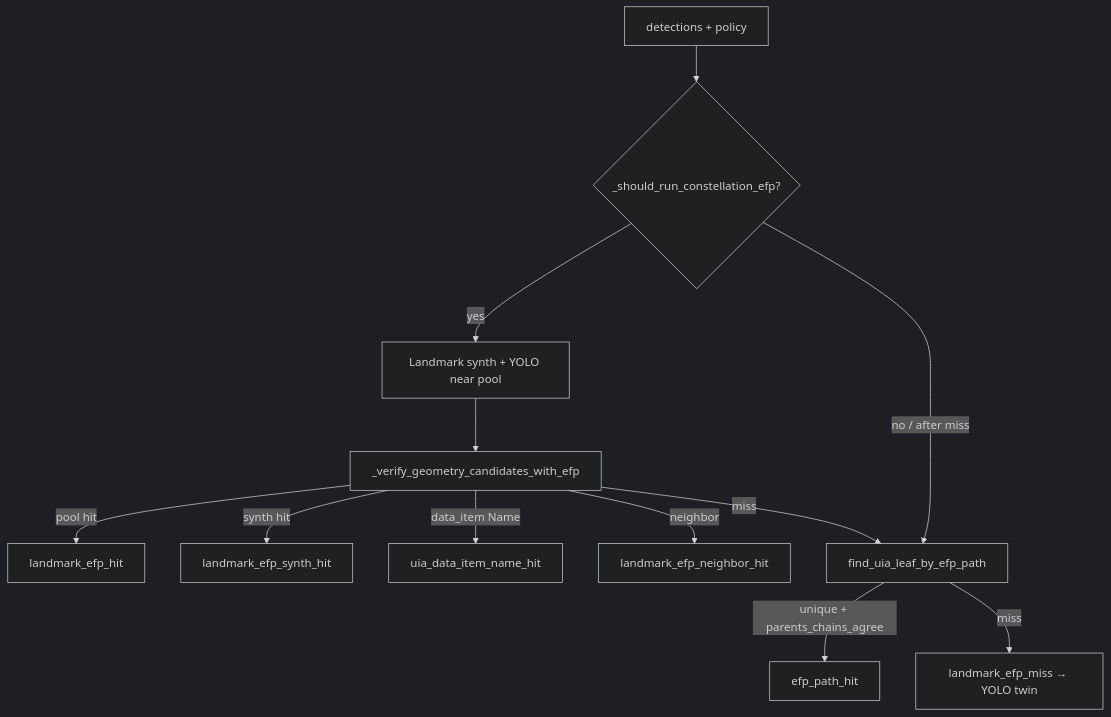
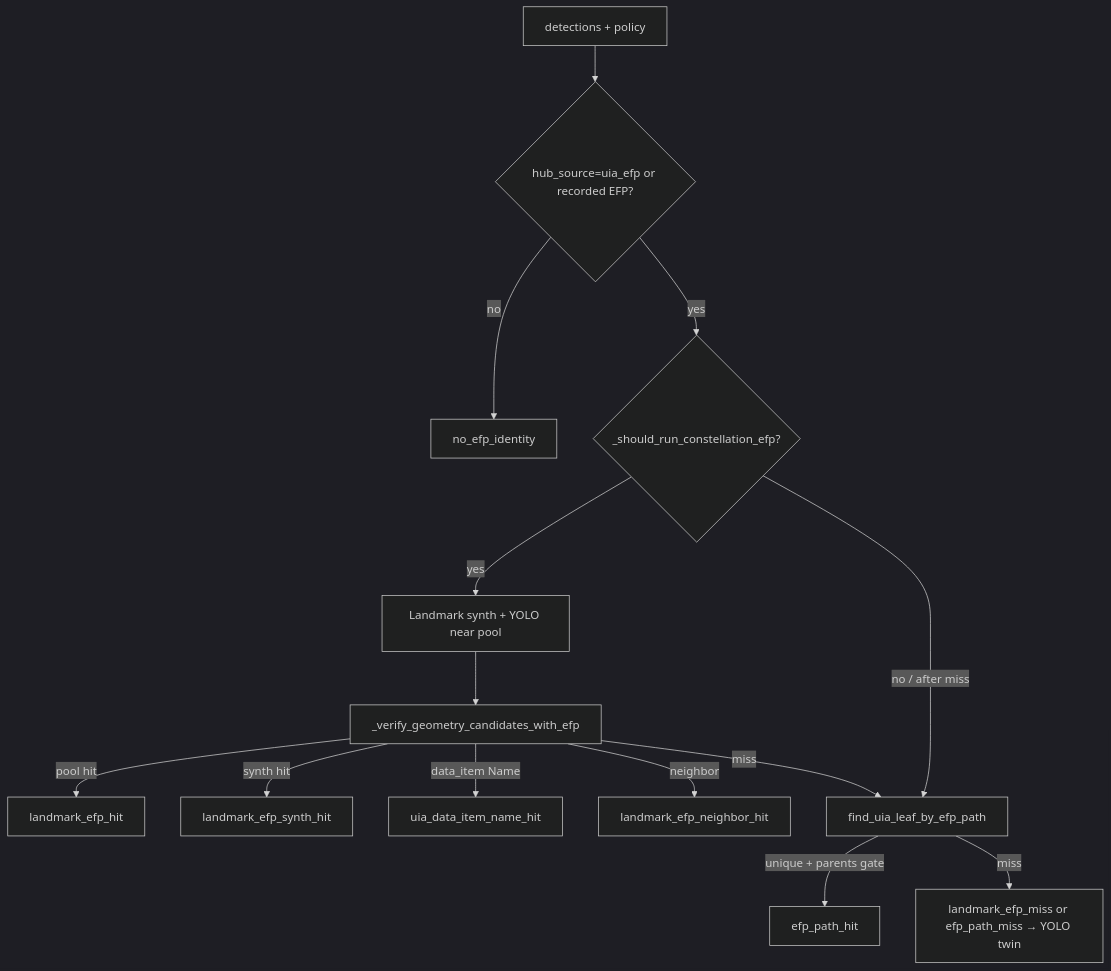
One commit to josephorng/QualityAssuranceAgent changed the third of 5 diagrams in docs/replay-flow.md. Above: the diagram before and after it, drawn with Mermaid (dark theme). The commit also changed other lines of this file and 7 other files, not shown here.

First line of the commit message:
Skip uniqueness-grow on UIA EFP hubs to fix Excel analysis stalls.

````diff
--- a/docs/replay-flow.md
+++ b/docs/replay-flow.md
@@ -110,14 +115,16 @@
 ```mermaid
 flowchart TD
-  Start[detections + policy] --> CE{_should_run_constellation_efp?}
+  Start[detections + policy] --> ID{hub_source=uia_efp or recorded EFP?}
+  ID -->|no| NE[no_efp_identity]
+  ID -->|yes| CE{_should_run_constellation_efp?}
   CE -->|yes| Synth[Landmark synth + YOLO near pool]
   Synth --> EFP[_verify_geometry_candidates_with_efp]
   EFP -->|pool hit| EH[landmark_efp_hit]
   EFP -->|synth hit| ES[landmark_efp_synth_hit]
   EFP -->|data_item Name| DI[uia_data_item_name_hit]
   EFP -->|neighbor| EN[landmark_efp_neighbor_hit]
   EFP -->|miss| Path[find_uia_leaf_by_efp_path]
   CE -->|no / after miss| Path
-  Path -->|unique + parents_chains_agree| Hit[efp_path_hit]
-  Path -->|miss| Soft[landmark_efp_miss → YOLO twin]
+  Path -->|unique + parents gate| Hit[efp_path_hit]
+  Path -->|miss| Soft[landmark_efp_miss or efp_path_miss → YOLO twin]
 ```
````
